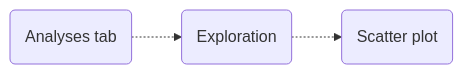
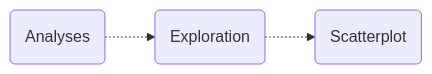
The first of 2 diagrams in lab9.qmd (bougioukas/MedStatsJamovi), drawn with Mermaid before and after one commit. The commit also changed other lines of this file and 84 other files, not shown here.

````diff
--- a/lab9.qmd
+++ b/lab9.qmd
@@ -58,4 +58,4 @@
 ```{mermaid}
 flowchart LR
-  A(Analyses tab) -.-> B(Exploration) -.-> C(Scatter plot)
+  A(Analyses) -.-> B(Exploration) -.-> C(Scatterplot)
 ```
````
